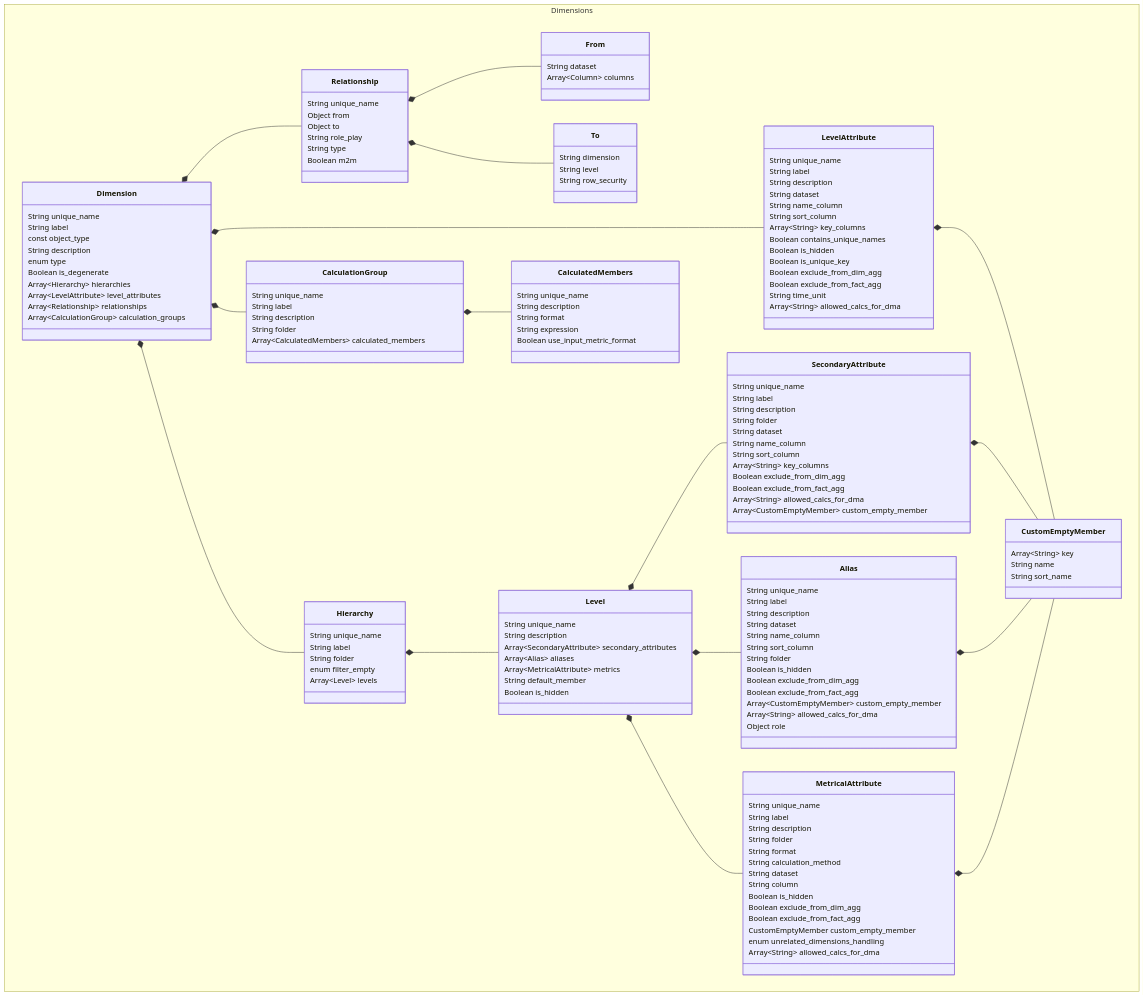
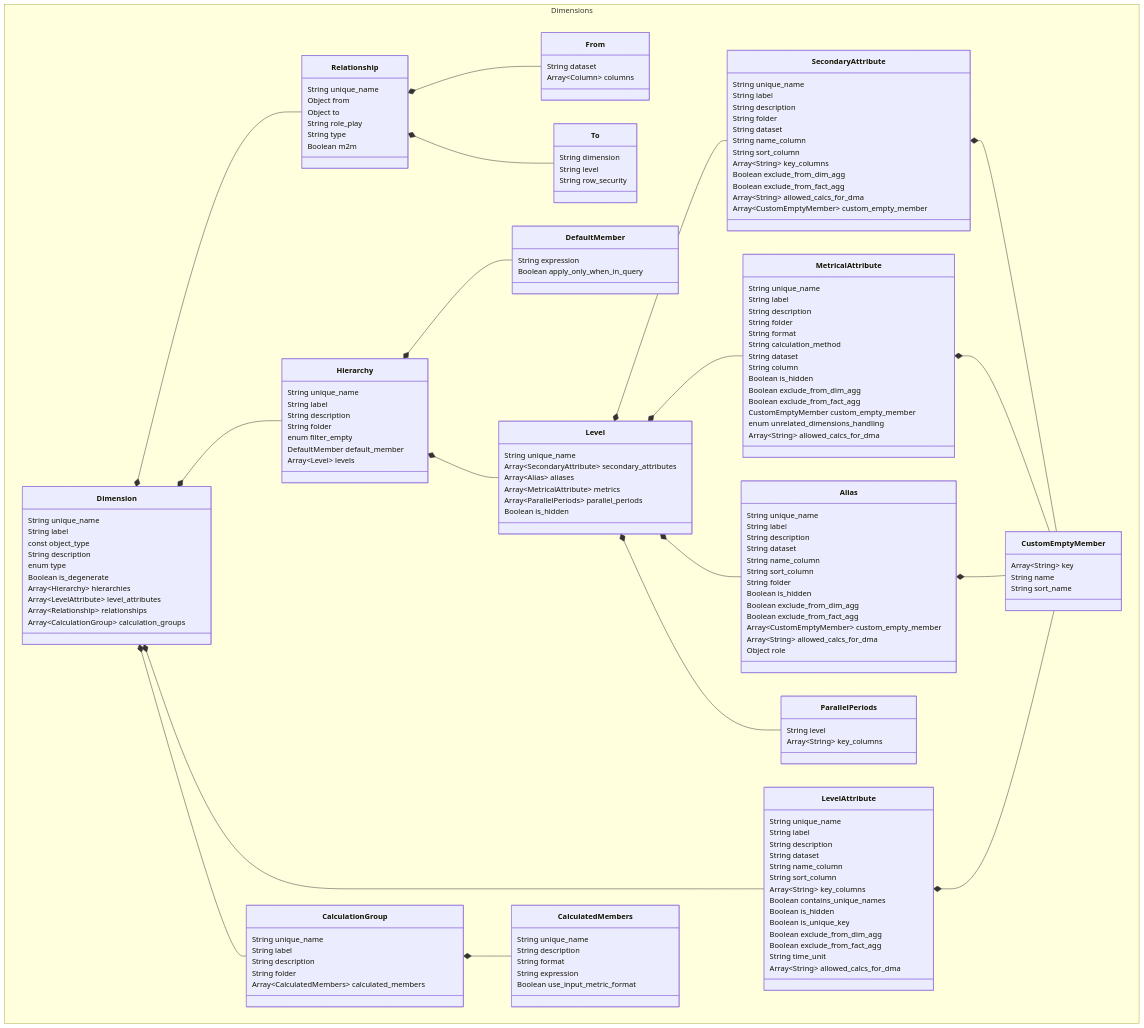
The diagram in sml-reference/dimension.md (AlchemyTechLabsInc/SML), drawn with Mermaid before and after one commit. The commit also changed other lines of this file, not shown here.

```diff
--- a/sml-reference/dimension.md
+++ b/sml-reference/dimension.md
@@ -154,11 +154,13 @@
     Dimension *-- Hierarchy
     Dimension *-- LevelAttribute
     Dimension *-- CalculationGroup
+    Hierarchy *-- DefaultMember
     Hierarchy *-- Level
     LevelAttribute *-- CustomEmptyMember
     Level *-- SecondaryAttribute
     Level *-- MetricalAttribute
     Level *-- Alias
+    Level *-- ParallelPeriods
     CalculationGroup *-- CalculatedMembers
     SecondaryAttribute *-- CustomEmptyMember
     Alias *-- CustomEmptyMember
@@ -196,17 +198,22 @@
     class Hierarchy{
       String unique_name
       String label
+      String description
       String folder
       enum filter_empty
+      DefaultMember default_member
       Array~Level~ levels
+    }
+    class DefaultMember{
+      String expression
+      Boolean apply_only_when_in_query
     }
     class Level{
       String unique_name
-      String description
       Array~SecondaryAttribute~ secondary_attributes
       Array~Alias~ aliases
       Array~MetricalAttribute~ metrics
-      String default_member
+      Array~ParallelPeriods~ parallel_periods
       Boolean is_hidden
     }
     class Alias{
@@ -239,6 +246,10 @@
       CustomEmptyMember custom_empty_member
       enum unrelated_dimensions_handling
       Array~String~ allowed_calcs_for_dma
+    }
+    class ParallelPeriods{
+      String level
+      Array~String~ key_columns
     }
     class LevelAttribute{
       String unique_name
```
